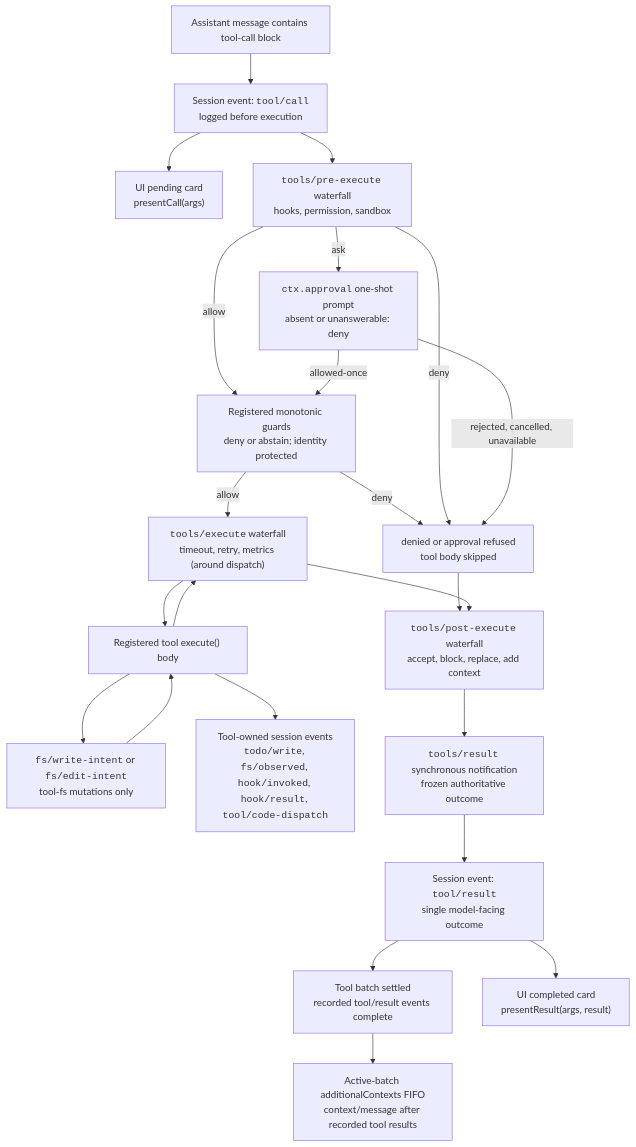
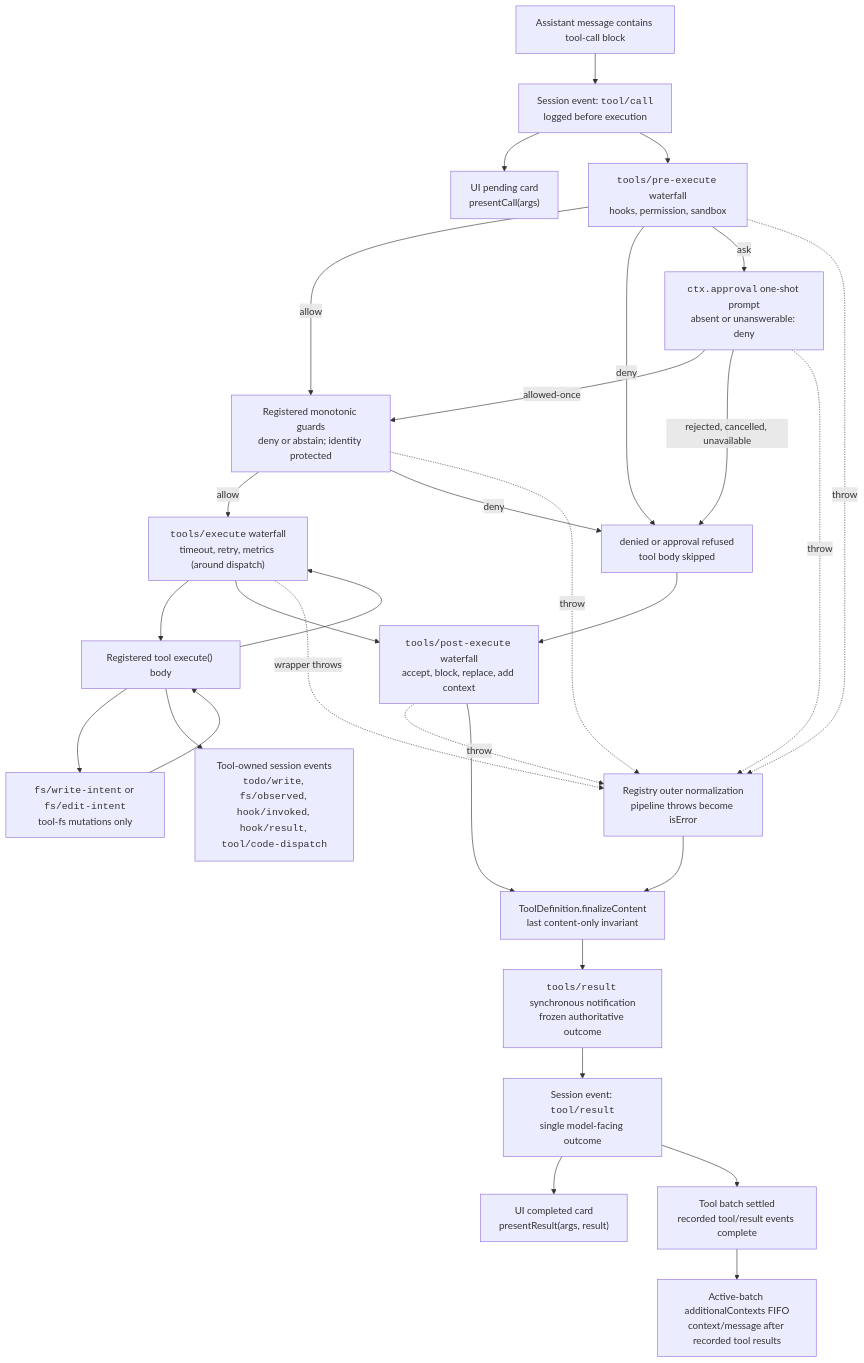
The diagram in docs/tool-execution-pipeline.md (007M7/DeepCode), drawn with Mermaid before and after one commit. The commit also changed other lines of this file and 34 other files, not shown here.

````diff
--- a/docs/tool-execution-pipeline.md
+++ b/docs/tool-execution-pipeline.md
@@ -8,42 +8,51 @@
 ```mermaid
 flowchart TD
   model["Assistant message contains tool-call block"]
   toolCall["Session event: <code>tool/call</code><br/>logged before execution"]
   presentCall["UI pending card<br/>presentCall(args)"]
   pre["<code>tools/pre-execute</code> waterfall<br/>hooks, permission, sandbox"]
   guards["Registered monotonic guards<br/>deny or abstain; identity protected"]
   denied["denied or approval refused<br/>tool body skipped"]
   approval["<code>ctx.approval</code> one-shot prompt<br/>absent or unanswerable: deny"]
   around["<code>tools/execute</code> waterfall<br/>timeout, retry, metrics (around dispatch)"]
   toolBody["Registered tool execute() body"]
   fsGate["<code>fs/write-intent</code> or <code>fs/edit-intent</code><br/>tool-fs mutations only"]
   owned["Tool-owned session events<br/><code>todo/write</code>, <code>fs/observed</code>, <code>hook/invoked</code>, <code>hook/result</code>, <code>tool/code-dispatch</code>"]
   post["<code>tools/post-execute</code> waterfall<br/>accept, block, replace, add context"]
+  normalized["Registry outer normalization<br/>pipeline throws become isError"]
+  finalize["ToolDefinition.finalizeContent<br/>last content-only invariant"]
   final["<code>tools/result</code> synchronous notification<br/>frozen authoritative outcome"]
   context["Active-batch additionalContexts FIFO<br/>context/message after recorded tool results"]
   toolResult["Session event: <code>tool/result</code><br/>single model-facing outcome"]
   allResults["Tool batch settled<br/>recorded tool/result events complete"]
   presentResult["UI completed card<br/>presentResult(args, result)"]
   model --> toolCall
   toolCall --> presentCall
   toolCall --> pre
   pre -->|allow| guards
   guards -->|allow| around
   guards -->|deny| denied
+  guards -.->|throw| normalized
   around --> toolBody
   pre -->|deny| denied
   pre -->|ask| approval
   approval -->|allowed-once| guards
   approval -->|rejected, cancelled, unavailable| denied
+  approval -.->|throw| normalized
   denied --> post
+  pre -.->|throw| normalized
   toolBody --> fsGate
   fsGate --> toolBody
   toolBody --> owned
   toolBody --> around
   around --> post
-  post --> final
+  around -.->|wrapper throws| normalized
+  post -.->|throw| normalized
+  post --> finalize
+  normalized --> finalize
+  finalize --> final
   final --> toolResult
   toolResult --> presentResult
   toolResult --> allResults
   allResults --> context
 ```
````
